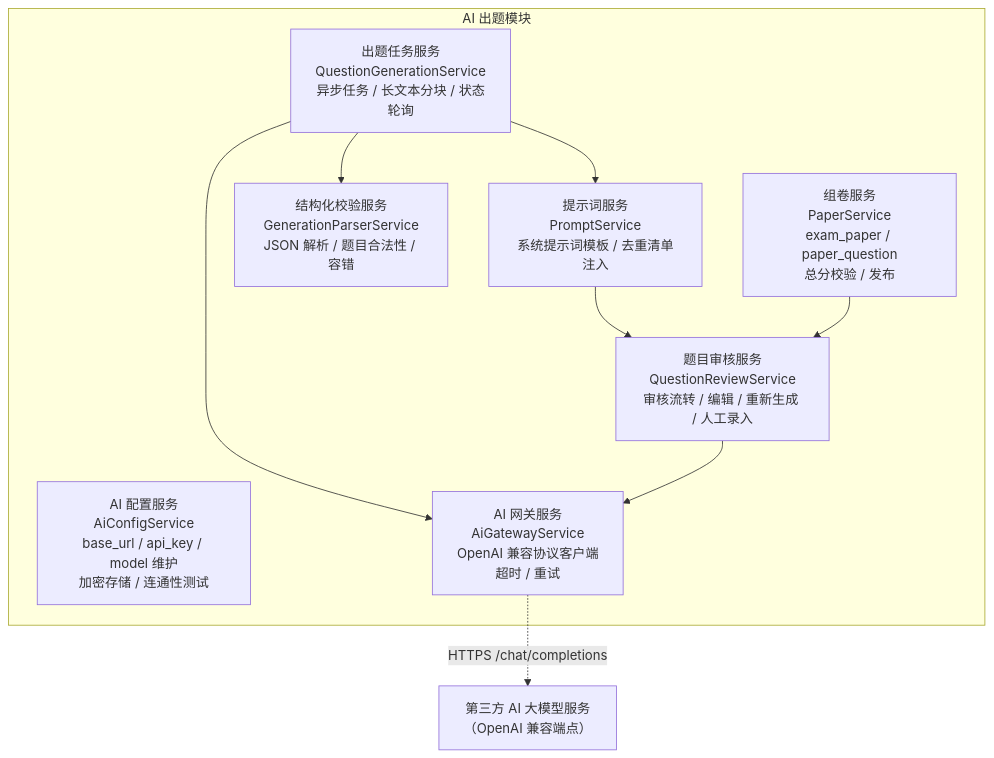
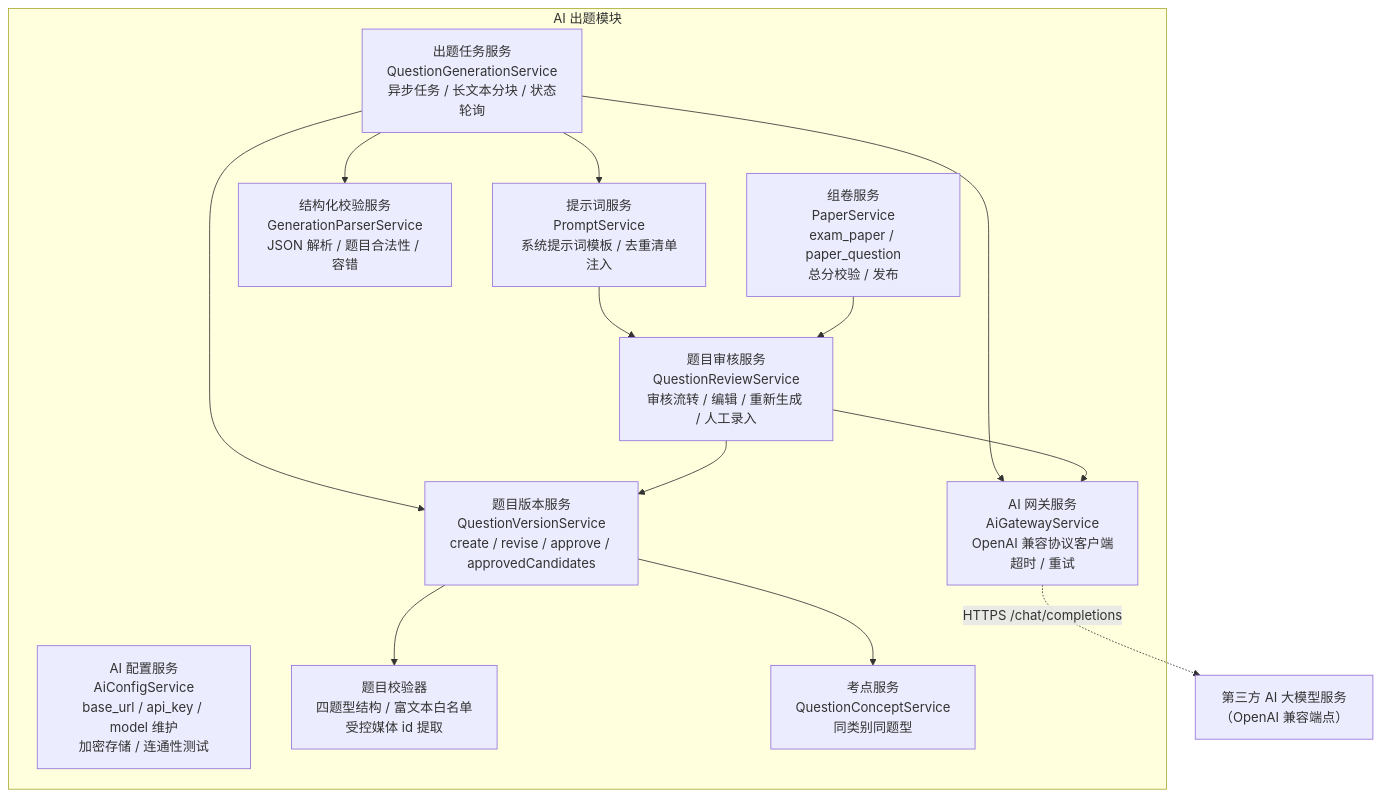
One commit to caoguanjie/emodor-exam changed the tenth of 19 diagrams in docs/design/05-模块设计.md. Above: the diagram before and after it, drawn with Mermaid. The commit also changed other lines of this file and 28 other files, not shown here.

Commit message:
feat: version question bank and retain AI review workflow

````diff
--- a/docs/design/05-模块设计.md
+++ b/docs/design/05-模块设计.md
@@ -534,19 +534,26 @@
 ```mermaid
 graph TB
     subgraph MOD3["AI 出题模块"]
         CFG["AI 配置服务<br/>AiConfigService<br/>base_url / api_key / model 维护<br/>加密存储 / 连通性测试"]
         GW["AI 网关服务<br/>AiGatewayService<br/>OpenAI 兼容协议客户端<br/>超时 / 重试"]
         TASK["出题任务服务<br/>QuestionGenerationService<br/>异步任务 / 长文本分块 / 状态轮询"]
         PROMPT["提示词服务<br/>PromptService<br/>系统提示词模板 / 去重清单注入"]
         PARSER["结构化校验服务<br/>GenerationParserService<br/>JSON 解析 / 题目合法性 / 容错"]
+        VALIDATOR["题目校验器<br/>四题型结构 / 富文本白名单<br/>受控媒体 id 提取"]
+        VERSION["题目版本服务<br/>QuestionVersionService<br/>create / revise / approve / approvedCandidates"]
+        CONCEPT["考点服务<br/>QuestionConceptService<br/>同类别同题型"]
         REVIEW["题目审核服务<br/>QuestionReviewService<br/>审核流转 / 编辑 / 重新生成 / 人工录入"]
         PAPER["组卷服务<br/>PaperService<br/>exam_paper / paper_question<br/>总分校验 / 发布"]
     end
     TASK --> GW
     TASK --> PROMPT
     TASK --> PARSER
+    TASK --> VERSION
+    VERSION --> VALIDATOR
+    VERSION --> CONCEPT
     PROMPT --> REVIEW
+    REVIEW --> VERSION
     REVIEW --> GW
     PAPER --> REVIEW
     GW -.->|"HTTPS /chat/completions"| EXT["第三方 AI 大模型服务<br/>（OpenAI 兼容端点）"]
 ```
````
